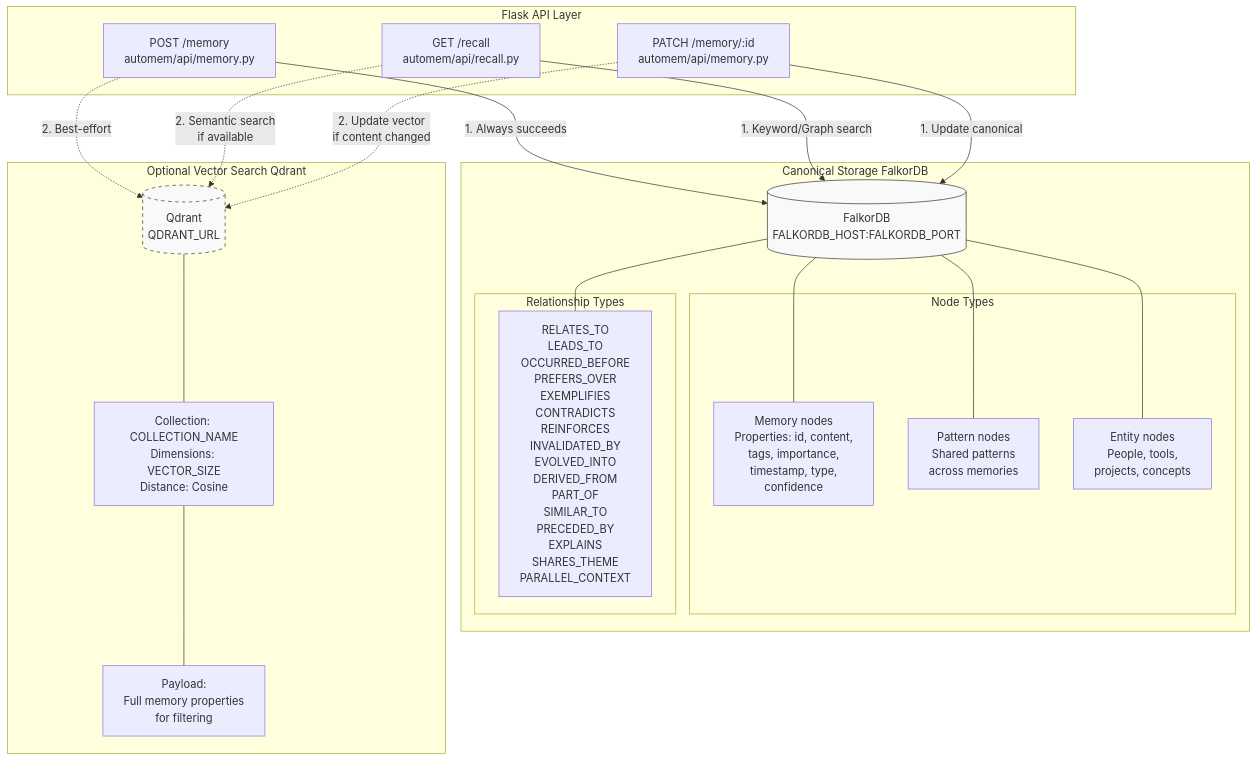
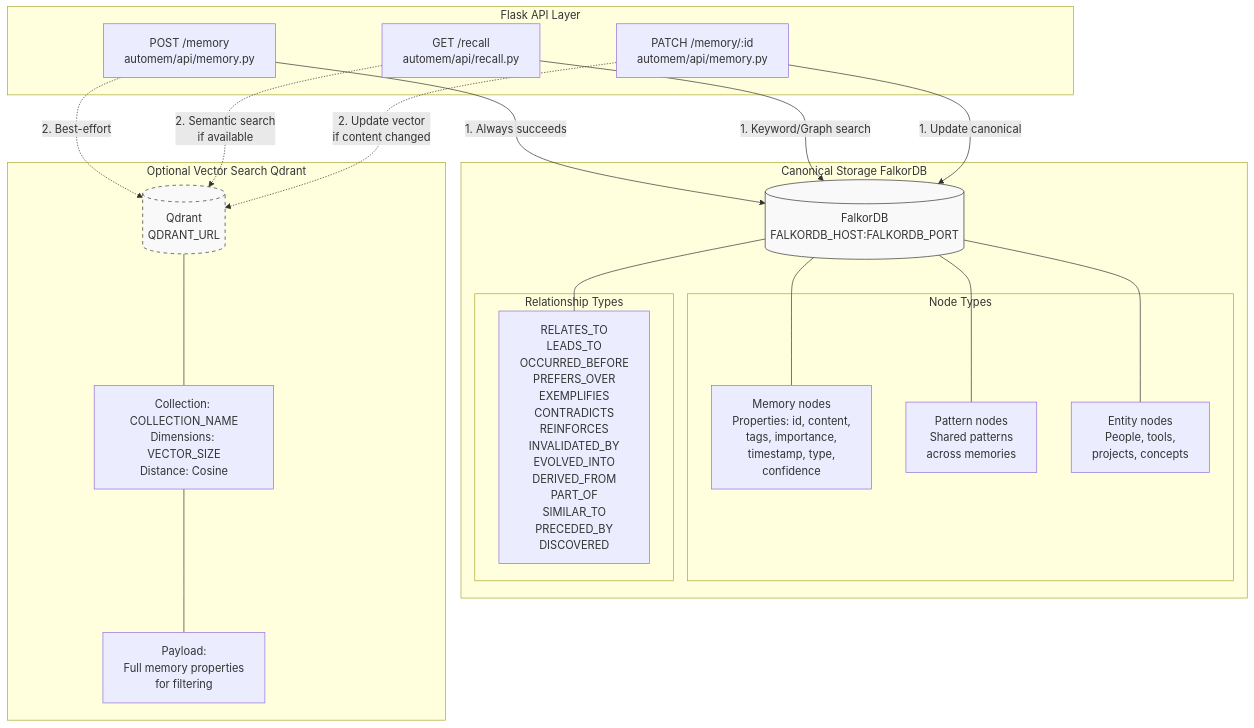
Before and after one commit to verygoodplugins/automem-website: the third of 6 diagrams in src/content/docs/docs/overview.md, drawn with Mermaid. The commit also changed other lines of this file and 14 other files, not shown here.

````diff
--- a/src/content/docs/docs/overview.md
+++ b/src/content/docs/docs/overview.md
@@ -173,48 +173,48 @@
 ```mermaid
 graph TB
     subgraph api["Flask API Layer"]
         StoreMemory["POST /memory<br/>automem/api/memory.py"]
         RecallMemory["GET /recall<br/>automem/api/recall.py"]
         UpdateMemory["PATCH /memory/:id<br/>automem/api/memory.py"]
     end
 
     subgraph canonical["Canonical Storage FalkorDB"]
         GraphDB[("FalkorDB<br/>FALKORDB_HOST:FALKORDB_PORT")]
 
         subgraph nodes["Node Types"]
             MemoryNode["Memory nodes<br/>Properties: id, content,<br/>tags, importance,<br/>timestamp, type,<br/>confidence"]
             PatternNode["Pattern nodes<br/>Shared patterns<br/>across memories"]
             EntityNode["Entity nodes<br/>People, tools,<br/>projects, concepts"]
         end
 
         subgraph edges["Relationship Types"]
-            RelTypes["RELATES_TO<br/>LEADS_TO<br/>OCCURRED_BEFORE<br/>PREFERS_OVER<br/>EXEMPLIFIES<br/>CONTRADICTS<br/>REINFORCES<br/>INVALIDATED_BY<br/>EVOLVED_INTO<br/>DERIVED_FROM<br/>PART_OF<br/>SIMILAR_TO<br/>PRECEDED_BY<br/>EXPLAINS<br/>SHARES_THEME<br/>PARALLEL_CONTEXT"]
+            RelTypes["RELATES_TO<br/>LEADS_TO<br/>OCCURRED_BEFORE<br/>PREFERS_OVER<br/>EXEMPLIFIES<br/>CONTRADICTS<br/>REINFORCES<br/>INVALIDATED_BY<br/>EVOLVED_INTO<br/>DERIVED_FROM<br/>PART_OF<br/>SIMILAR_TO<br/>PRECEDED_BY<br/>DISCOVERED"]
         end
     end
 
     subgraph optional["Optional Vector Search Qdrant"]
         VectorDB[("Qdrant<br/>QDRANT_URL")]
         Collection["Collection: COLLECTION_NAME<br/>Dimensions: VECTOR_SIZE<br/>Distance: Cosine"]
         Payload["Payload:<br/>Full memory properties<br/>for filtering"]
     end
 
     StoreMemory -->|"1. Always succeeds"| GraphDB
     StoreMemory -.->|"2. Best-effort"| VectorDB
 
     RecallMemory -->|"1. Keyword/Graph search"| GraphDB
     RecallMemory -.->|"2. Semantic search<br/>if available"| VectorDB
 
     UpdateMemory -->|"1. Update canonical"| GraphDB
     UpdateMemory -.->|"2. Update vector<br/>if content changed"| VectorDB
 
     GraphDB --- MemoryNode
     GraphDB --- PatternNode
     GraphDB --- EntityNode
     GraphDB --- RelTypes
 
     VectorDB --- Collection
     Collection --- Payload
 
     style GraphDB fill:#f9f9f9,stroke:#333
     style VectorDB fill:#f9f9f9,stroke:#333,stroke-dasharray: 5 5
 ```
````
